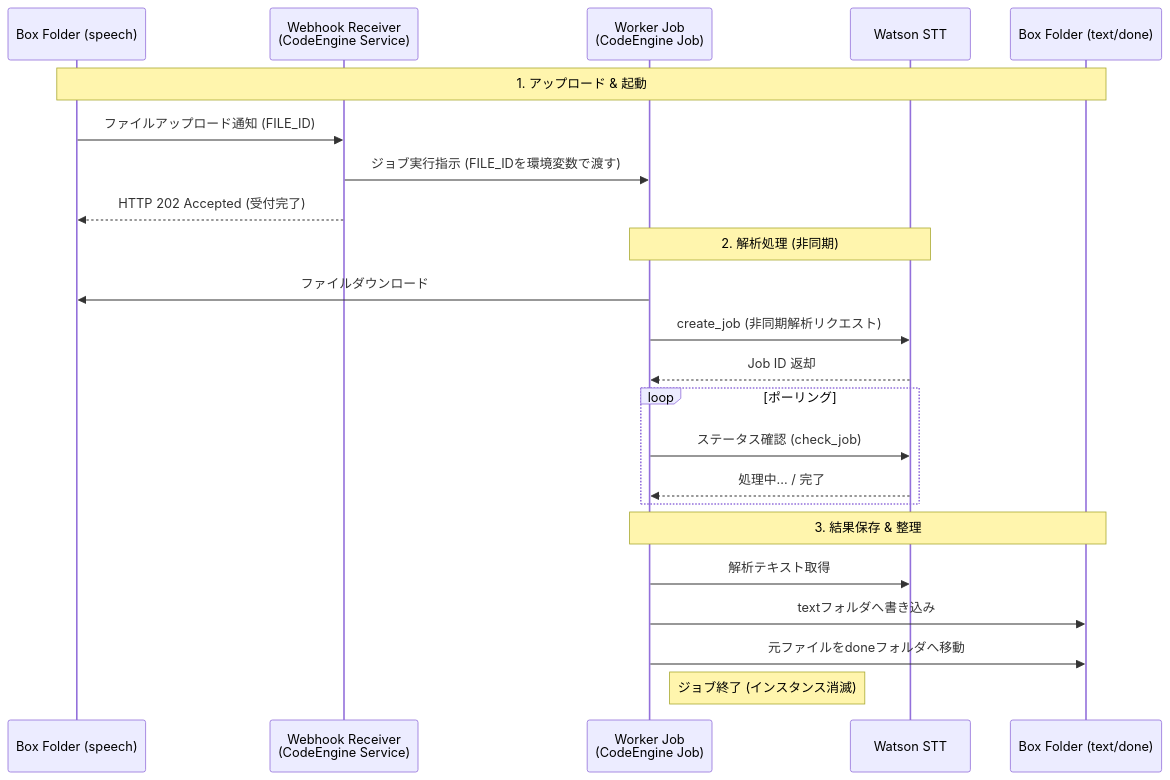
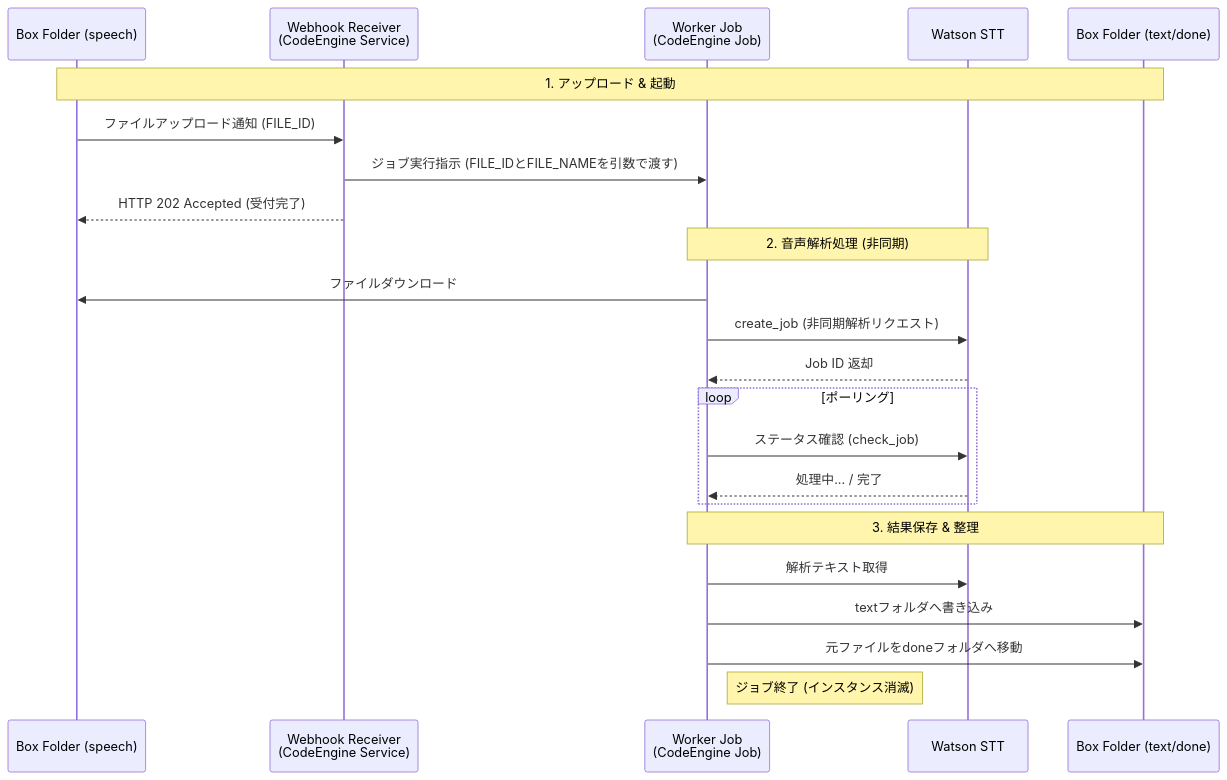
One commit to matsuo-iguazu/box-stt changed the diagram in README.md. Above: the diagram before and after it, drawn with Mermaid. The commit also changed other lines of this file, not shown here.

````diff
--- a/README.md
+++ b/README.md
@@ -15,29 +15,29 @@
 ```mermaid
 sequenceDiagram
     participant B as Box Folder (speech)
     participant W as Webhook Receiver<br/>(CodeEngine Service)
     participant J as Worker Job<br/>(CodeEngine Job)
     participant S as Watson STT
     participant T as Box Folder (text/done)
 
     Note over B, T: 1. アップロード & 起動
     B->>W: ファイルアップロード通知 (FILE_ID)
-    W->>J: ジョブ実行指示 (FILE_IDを環境変数で渡す)
+    W->>J: ジョブ実行指示 (FILE_IDとFILE_NAMEを引数で渡す)
     W-->>B: HTTP 202 Accepted (受付完了)
 
-    Note over J, S: 2. 解析処理 (非同期)
+    Note over J, S: 2. 音声解析処理 (非同期)
     J->>B: ファイルダウンロード
     J->>S: create_job (非同期解析リクエスト)
     S-->>J: Job ID 返却
 
     loop ポーリング
         J->>S: ステータス確認 (check_job)
         S-->>J: 処理中... / 完了
     end
 
     Note over J, T: 3. 結果保存 & 整理
     J->>S: 解析テキスト取得
     J->>T: textフォルダへ書き込み
     J->>T: 元ファイルをdoneフォルダへ移動
     Note right of J: ジョブ終了 (インスタンス消滅)
 ```
````
